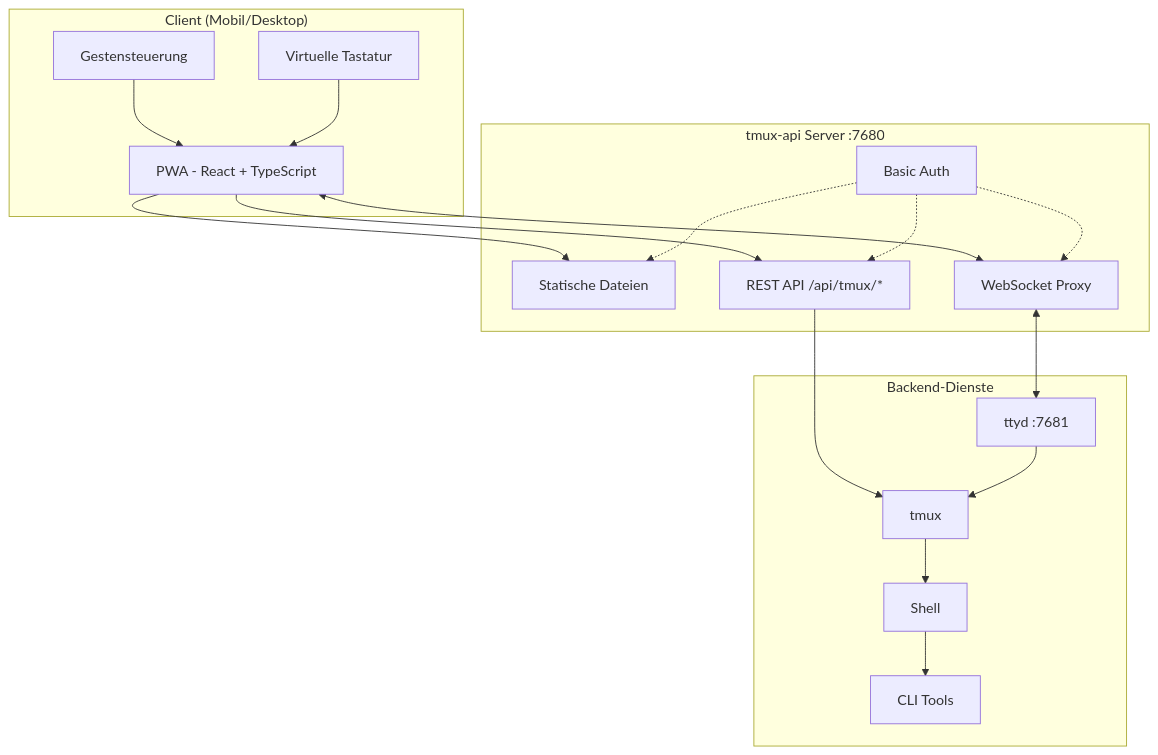
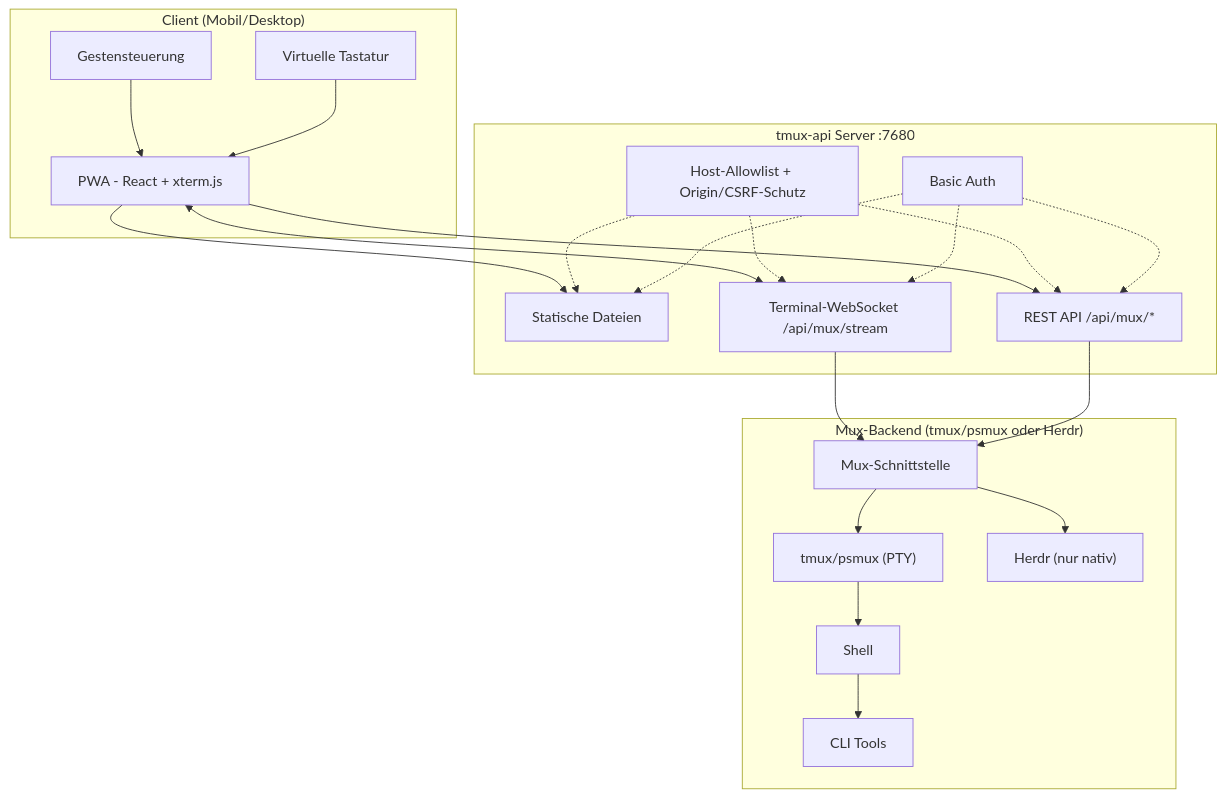
Before and after one commit to lamngockhuong/termote: the first of 2 diagrams in README.de.md, drawn with Mermaid. The commit also changed other lines of this file and 16 other files, not shown here.

````diff
--- a/README.de.md
+++ b/README.de.md
@@ -58,32 +59,36 @@
 ```mermaid
 flowchart TB
     subgraph Client["Client (Mobil/Desktop)"]
-        PWA["PWA - React + TypeScript"]
+        PWA["PWA - React + xterm.js"]
         Gestures["Gestensteuerung"]
         Keyboard["Virtuelle Tastatur"]
     end
 
     subgraph Server["tmux-api Server :7680"]
         Static["Statische Dateien"]
-        Proxy["WebSocket Proxy"]
-        API["REST API /api/tmux/*"]
+        Stream["Terminal-WebSocket /api/mux/stream"]
+        API["REST API /api/mux/*"]
+        Guard["Host-Allowlist + Origin/CSRF-Schutz"]
         Auth["Basic Auth"]
     end
 
-    subgraph Backend["Backend-Dienste"]
-        ttyd["ttyd :7681"]
-        tmux["tmux"]
+    subgraph Backend["Mux-Backend (tmux/psmux oder Herdr)"]
+        Mux["Mux-Schnittstelle"]
+        tmux["tmux/psmux (PTY)"]
+        herdr["Herdr (nur nativ)"]
         Shell["Shell"]
         Tools["CLI Tools"]
     end
 
     Gestures --> PWA
     Keyboard --> PWA
     PWA --> Static
-    PWA <--> Proxy
+    PWA <--> Stream
     PWA --> API
-    Auth -.-> Static & Proxy & API
-    Proxy <--> ttyd
-    API --> tmux
-    ttyd --> tmux --> Shell --> Tools
+    Guard -.-> Static & Stream & API
+    Auth -.-> Static & Stream & API
+    Stream --> Mux
+    API --> Mux
+    Mux --> tmux & herdr
+    tmux --> Shell --> Tools
 ```
````
